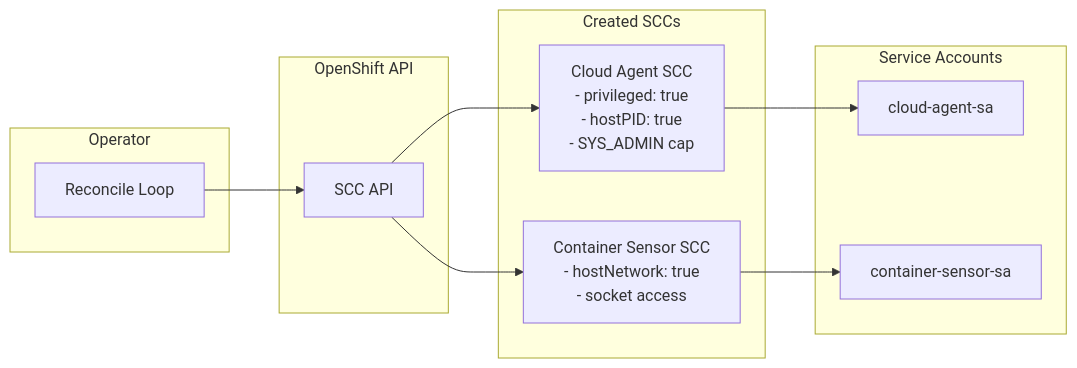
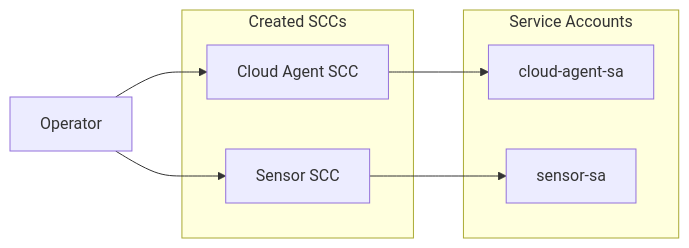
Before and after one commit to nelssec/qualys-nanny: the eighth of 11 diagrams in docs/blog.md, drawn with Mermaid. The commit also changed other lines of this file and 15 other files, not shown here.

````diff
--- a/docs/blog.md
+++ b/docs/blog.md
@@ -321,26 +275,19 @@
 ```mermaid
 flowchart LR
-    subgraph Operator
-        RECONCILE[Reconcile Loop]
+    OP[Operator]
+
+    subgraph sccs[Created SCCs]
+        SCC1[Cloud Agent SCC]
+        SCC2[Sensor SCC]
     end
 
-    subgraph OpenShift API
-        SCC_API[SCC API]
+    subgraph sas[Service Accounts]
+        SA1[cloud-agent-sa]
+        SA2[sensor-sa]
     end
 
-    subgraph Created SCCs
-        CA_SCC[Cloud Agent SCC<br/>- privileged: true<br/>- hostPID: true<br/>- SYS_ADMIN cap]
-        CS_SCC[Container Sensor SCC<br/>- hostNetwork: true<br/>- socket access]
-    end
-
-    subgraph Service Accounts
-        CA_SA[cloud-agent-sa]
-        CS_SA[container-sensor-sa]
-    end
-
-    RECONCILE --> SCC_API
-    SCC_API --> CA_SCC
-    SCC_API --> CS_SCC
-    CA_SCC --> CA_SA
-    CS_SCC --> CS_SA
+    OP --> SCC1
+    OP --> SCC2
+    SCC1 --> SA1
+    SCC2 --> SA2
 ```
````
